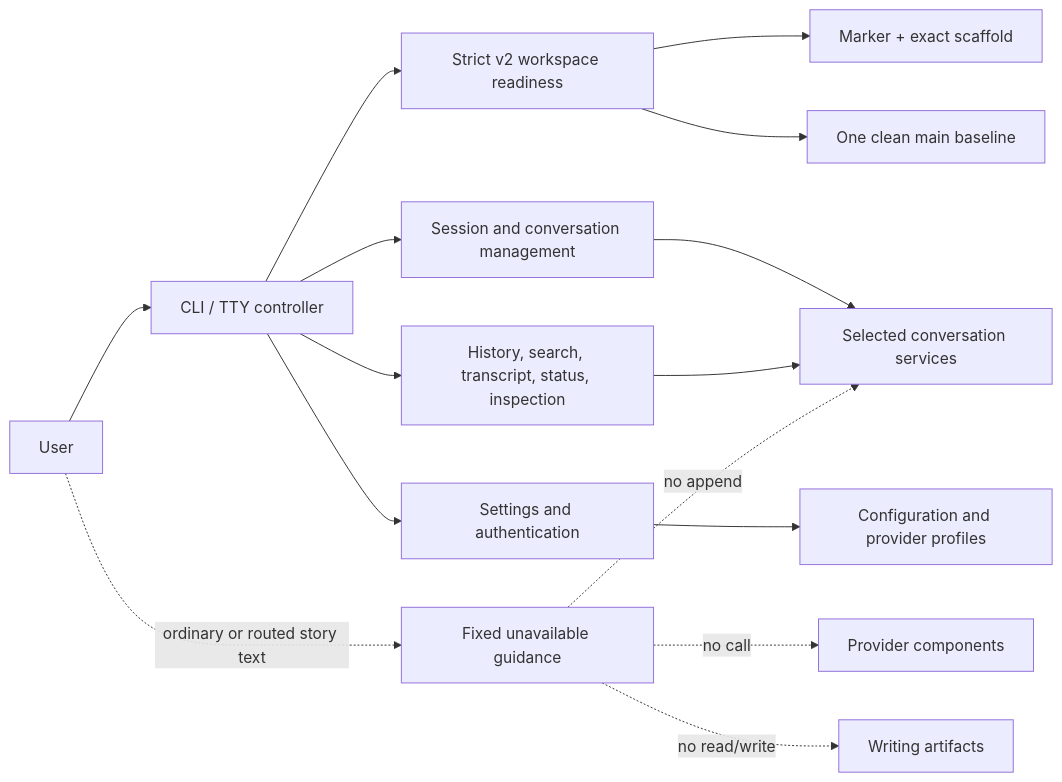
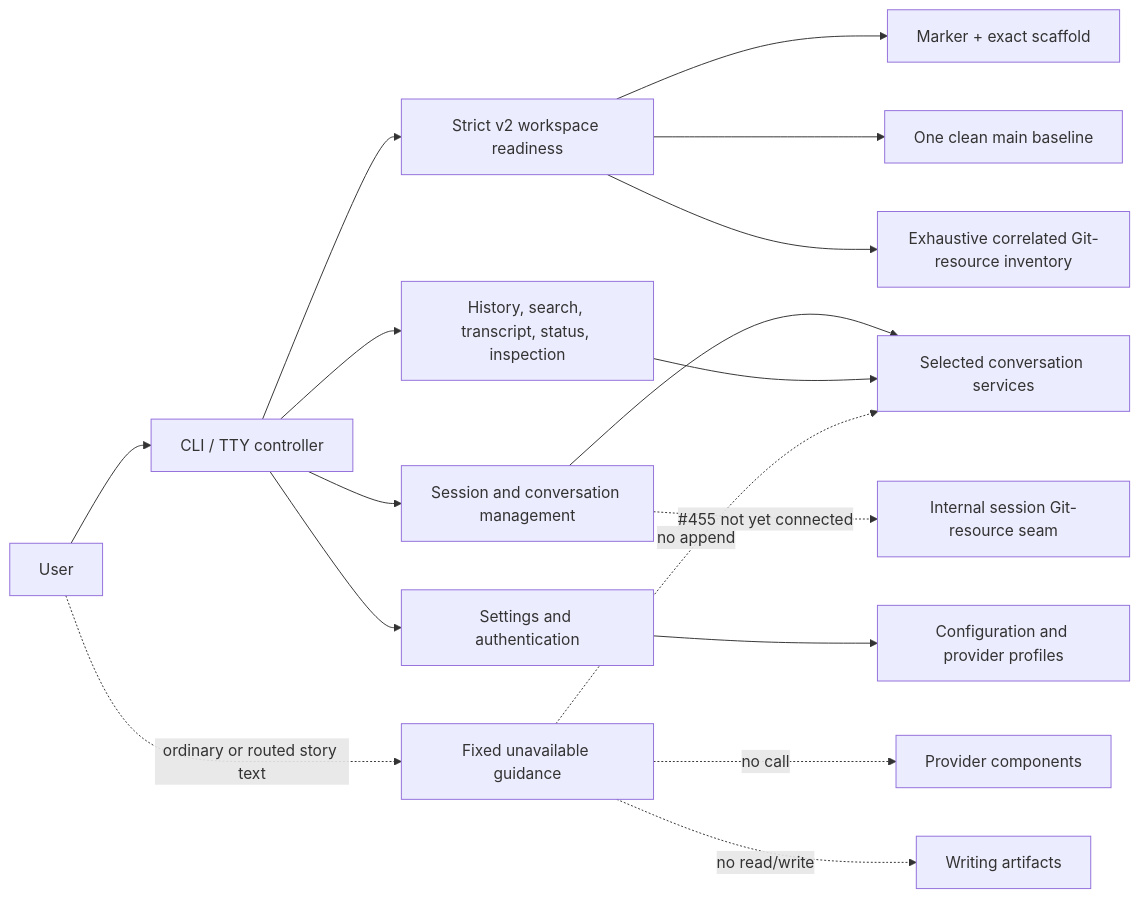
The diagram in docs/design/overview.md (Kims-DeveloperGroup/story-writing-agents), drawn with Mermaid before and after one commit. The commit also changed other lines of this file and 35 other files, not shown here.

Commit message:
Materialize correlated session Git resources

````diff
--- a/docs/design/overview.md
+++ b/docs/design/overview.md
@@ -13,17 +13,19 @@
 ```mermaid
 flowchart LR
     U[User] --> CLI[CLI / TTY controller]
     CLI --> WI[Strict v2 workspace readiness]
     WI --> WS[Marker + exact scaffold]
     WI --> G[One clean main baseline]
+    WI --> GI[Exhaustive correlated Git-resource inventory]
     CLI --> M[Session and conversation management]
     CLI --> I[History, search, transcript, status, inspection]
     CLI --> S[Settings and authentication]
     M --> CS[Selected conversation services]
     I --> CS
     S --> CFG[Configuration and provider profiles]
     U -. ordinary or routed story text .-> X[Fixed unavailable guidance]
     X -. no call .-> P[Provider components]
     X -. no append .-> CS
     X -. no read/write .-> A[Writing artifacts]
+    M -. #455 not yet connected .-> GR[Internal session Git-resource seam]
 ```
````
